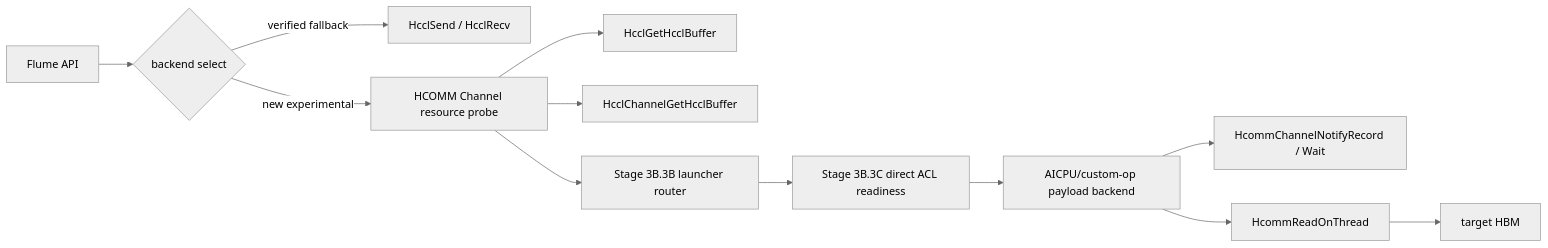
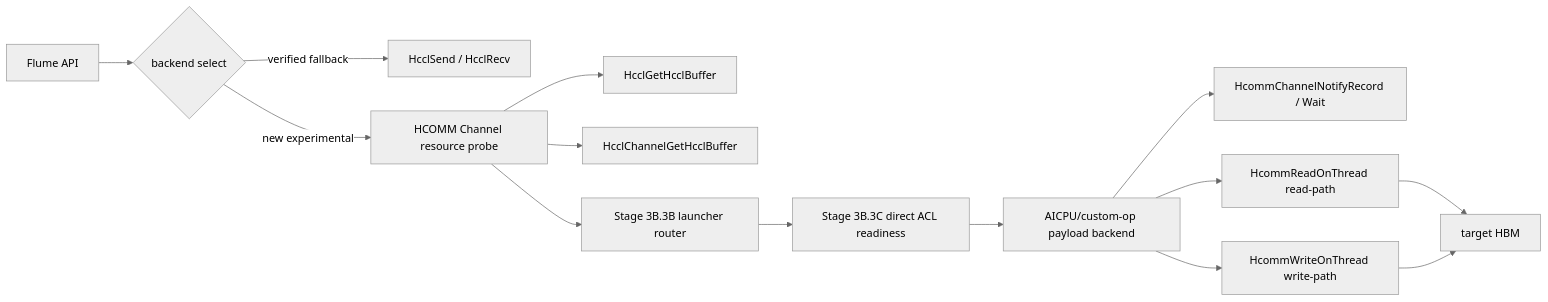
Diagram 11 of 12 in docs/implementation-flow-summary.md (Leaf-Salix/flume-ascend-host-bypass-datapath), drawn with Mermaid (neutral theme) before and after one commit. The commit also changed other lines of this file and 26 other files, not shown here.

Commit message:
Add HCOMM payload write-path candidate

````diff
--- a/docs/implementation-flow-summary.md
+++ b/docs/implementation-flow-summary.md
@@ -509,14 +509,16 @@
 ```mermaid
 flowchart LR
     App["Flume API"] --> Select{"backend select"}
     Select -- "verified fallback" --> HcclP2P["HcclSend / HcclRecv"]
     Select -- "new experimental" --> Hcomm["HCOMM Channel resource probe"]
     Hcomm --> LocalBuf["HcclGetHcclBuffer"]
     Hcomm --> RemoteBuf["HcclChannelGetHcclBuffer"]
     Hcomm --> Router["Stage 3B.3B launcher router"]
     Router --> DirectAcl["Stage 3B.3C direct ACL readiness"]
     DirectAcl --> Payload["AICPU/custom-op payload backend"]
     Payload --> Notify["HcommChannelNotifyRecord / Wait"]
-    Payload --> Read["HcommReadOnThread"]
+    Payload --> Read["HcommReadOnThread read-path"]
+    Payload --> Write["HcommWriteOnThread write-path"]
     Read --> Dst["target HBM"]
+    Write --> Dst
 ```
````
